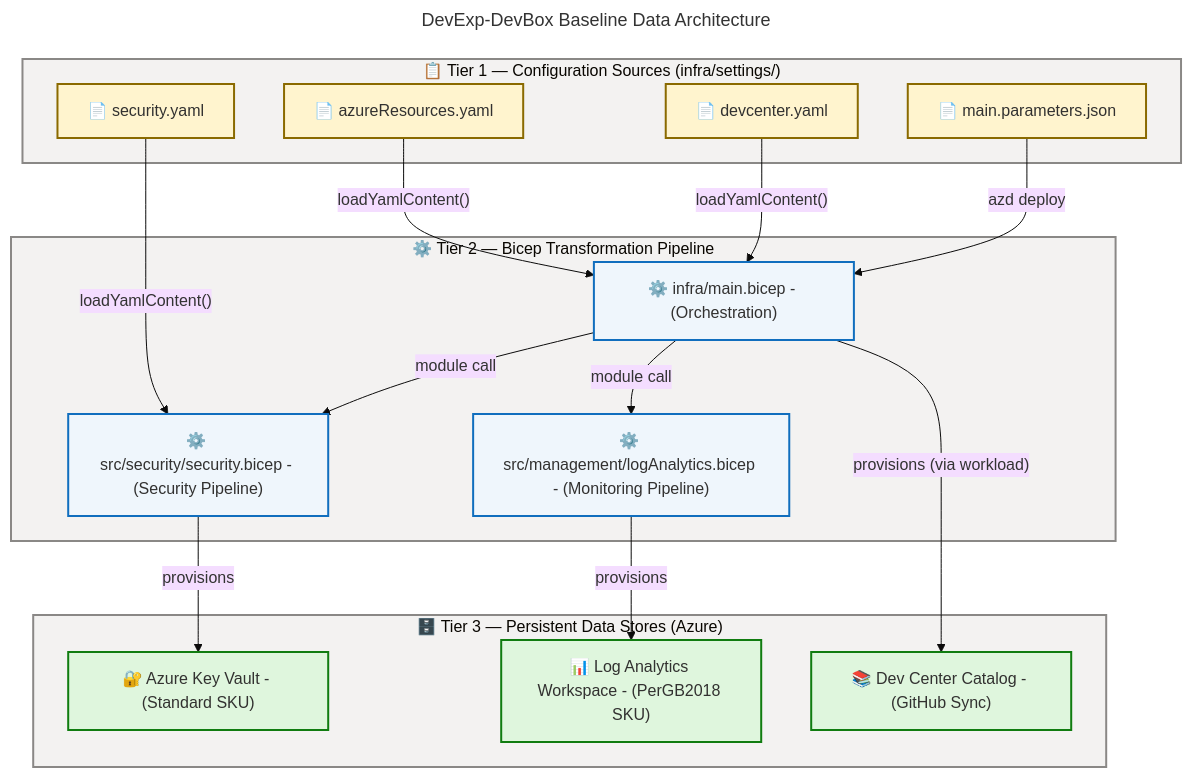
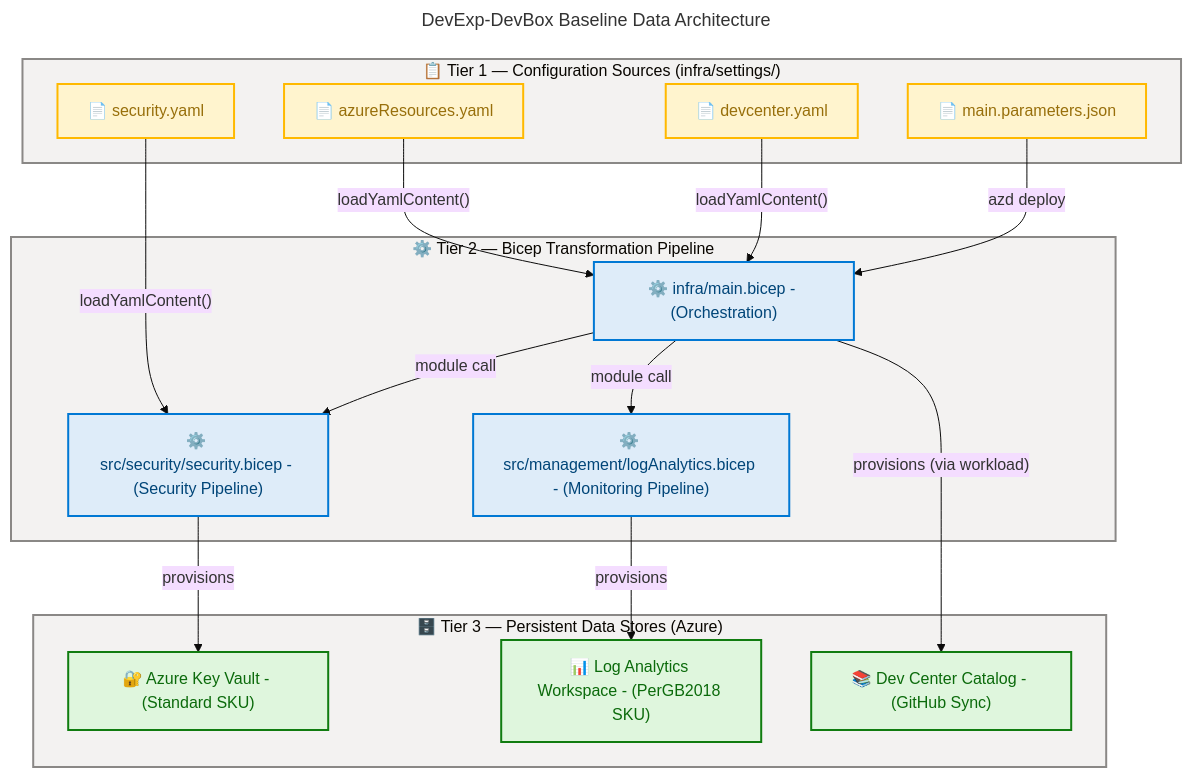
The second of 3 diagrams in docs/architecture/data-architecture.md (Evilazaro/DevExp-DevBox), drawn with Mermaid before and after one commit. The commit also changed other lines of this file and 1 other file, not shown here.

Commit message:
style: enable HTML labels in flowcharts and update class definitions for improved clarity

````diff
--- a/docs/architecture/data-architecture.md
+++ b/docs/architecture/data-architecture.md
@@ -419,68 +424,74 @@
 ```mermaid
 ---
 title: DevExp-DevBox Baseline Data Architecture
 config:
   theme: base
   look: classic
   layout: dagre
   themeVariables:
     fontSize: '16px'
+  flowchart:
+    htmlLabels: true
 ---
 flowchart TD
     accTitle: DevExp-DevBox Baseline Data Architecture
     accDescr: Shows the three-tier baseline data architecture from configuration sources through Bicep transformation engine to Azure persistent data stores
 
     %% ═══════════════════════════════════════════════════════════════════════════
     %% AZURE / FLUENT ARCHITECTURE PATTERN v1.1
     %% (Semantic + Structural + Font + Accessibility Governance)
     %% ═══════════════════════════════════════════════════════════════════════════
     %% PHASE 1 - STRUCTURAL: Direction TD, flat topology, nesting = 1
     %% PHASE 2 - SEMANTIC: 4 semantic classes, neutral-first
     %% PHASE 3 - FONT: Dark text, contrast >= 4.5:1
     %% PHASE 4 - ACCESSIBILITY: accTitle/accDescr present
     %% PHASE 5 - STANDARD: Governance block, centralized classDefs
     %% ═══════════════════════════════════════════════════════════════════════════
 
     subgraph TIER1["📋 Tier 1 — Configuration Sources (infra/settings/)"]
         SECYAML["📄 security.yaml"]
         RESYAML["📄 azureResources.yaml"]
         DCYAML["📄 devcenter.yaml"]
         MAINPARAMS["📄 main.parameters.json"]
     end
 
     subgraph TIER2["⚙️ Tier 2 — Bicep Transformation Pipeline"]
         MAINBICEP["⚙️ infra/main.bicep - (Orchestration)"]
         SECBICEP["⚙️ src/security/security.bicep - (Security Pipeline)"]
         MONBICEP["⚙️ src/management/logAnalytics.bicep - (Monitoring Pipeline)"]
     end
 
     subgraph TIER3["🗄️ Tier 3 — Persistent Data Stores (Azure)"]
         KV["🔐 Azure Key Vault - (Standard SKU)"]
         LAW["📊 Log Analytics Workspace - (PerGB2018 SKU)"]
         CATALOG["📚 Dev Center Catalog - (GitHub Sync)"]
     end
 
     SECYAML -->|"loadYamlContent()"| SECBICEP
     RESYAML -->|"loadYamlContent()"| MAINBICEP
     DCYAML -->|"loadYamlContent()"| MAINBICEP
     MAINPARAMS -->|"azd deploy"| MAINBICEP
 
     MAINBICEP -->|"module call"| SECBICEP
     MAINBICEP -->|"module call"| MONBICEP
 
     SECBICEP -->|"provisions"| KV
     MONBICEP -->|"provisions"| LAW
     MAINBICEP -->|"provisions (via workload)"| CATALOG
 
     style TIER1 fill:#F3F2F1,stroke:#8A8886,stroke-width:2px
     style TIER2 fill:#F3F2F1,stroke:#8A8886,stroke-width:2px
     style TIER3 fill:#F3F2F1,stroke:#8A8886,stroke-width:2px
 
-    classDef config fill:#FFF4CE,stroke:#8A6A00,stroke-width:2px,color:#323130
-    classDef pipeline fill:#EFF6FC,stroke:#106EBE,stroke-width:2px,color:#323130
-    classDef store fill:#DFF6DD,stroke:#107C10,stroke-width:2px,color:#323130
+    classDef neutral fill:#FAFAFA,stroke:#8A8886,stroke-width:2px,color:#323130
+    classDef core fill:#DEECF9,stroke:#0078D4,stroke-width:2px,color:#004578
+    classDef success fill:#DFF6DD,stroke:#107C10,stroke-width:2px,color:#0B6A0B
+    classDef warning fill:#FFF4CE,stroke:#FFB900,stroke-width:2px,color:#986F0B
+    classDef danger fill:#FDE7E9,stroke:#E81123,stroke-width:2px,color:#A4262C
+    classDef data fill:#C8F0E7,stroke:#2D7D9A,stroke-width:2px,color:#0D3A4F
+    classDef external fill:#F3F2F1,stroke:#605E5C,stroke-width:2px,color:#323130
 
-    class SECYAML,RESYAML,DCYAML,MAINPARAMS config
-    class MAINBICEP,SECBICEP,MONBICEP pipeline
-    class KV,LAW,CATALOG store
+    class SECYAML,RESYAML,DCYAML,MAINPARAMS warning
+    class MAINBICEP,SECBICEP,MONBICEP core
+    class KV,LAW,CATALOG success
 ```
````
